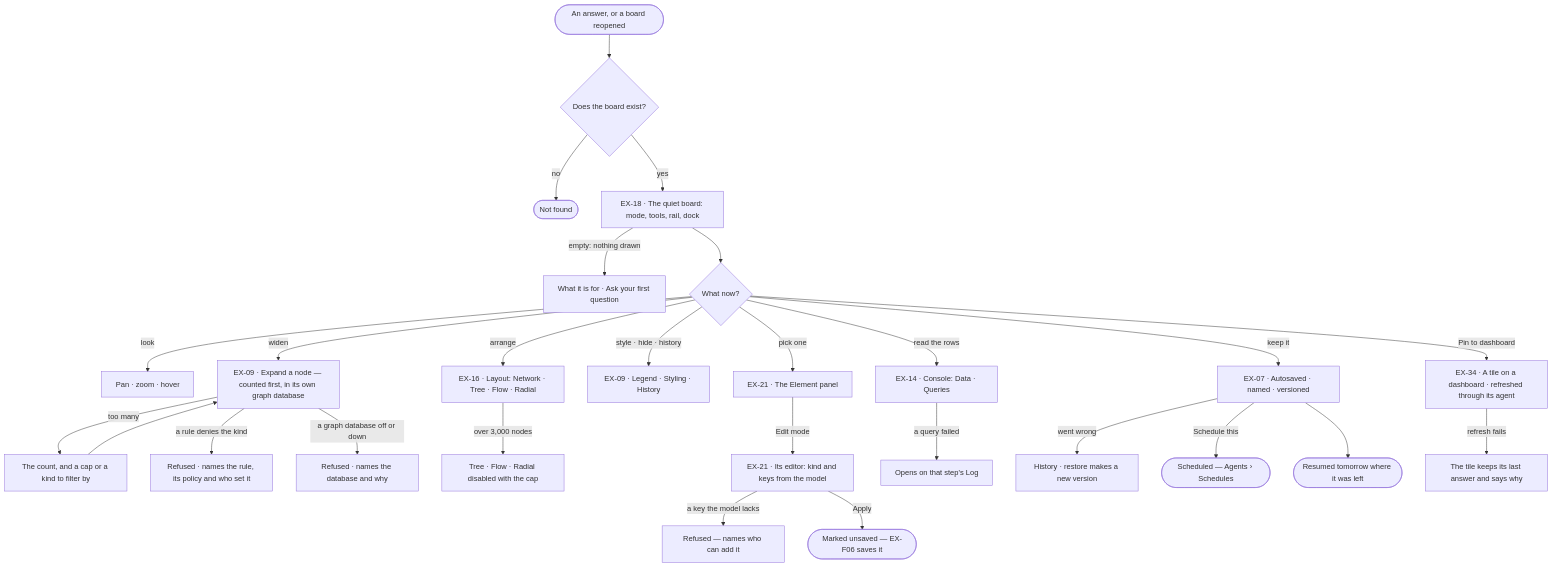
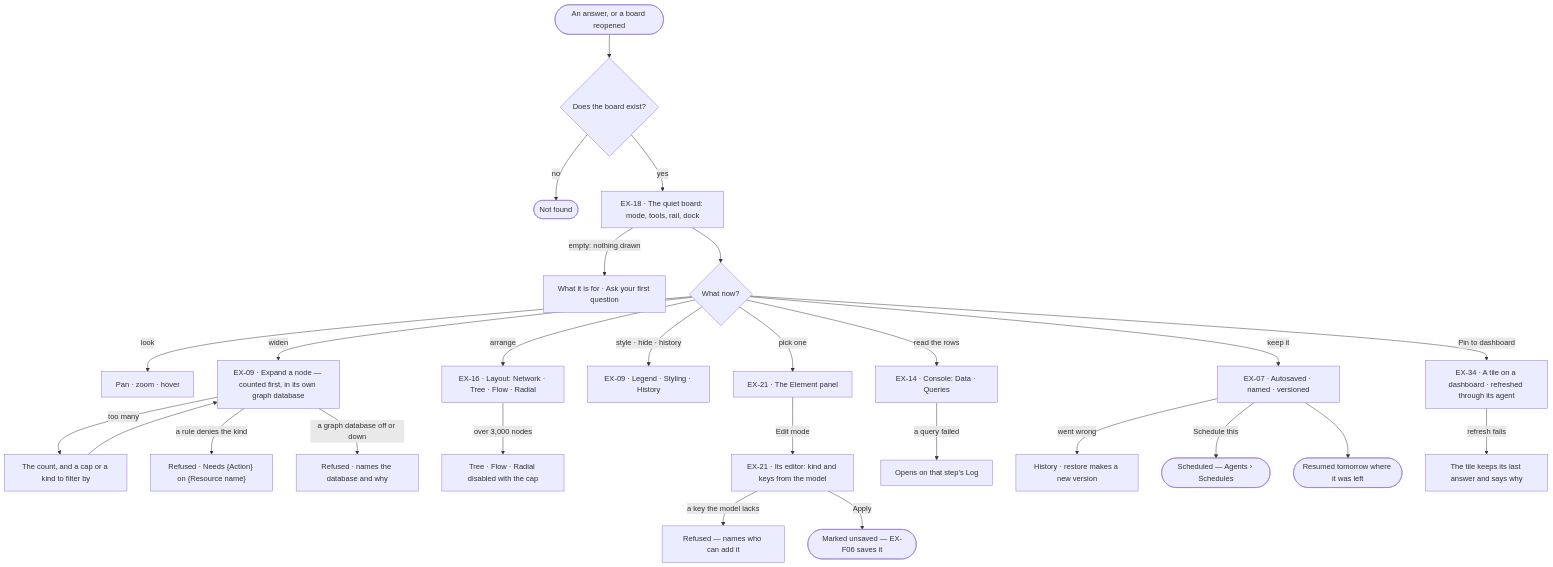
The first of 2 diagrams in specs/capabilities/explore/features/EX-F01-the-board-and-its-canvas/feature.md (invana/invana), drawn with Mermaid before and after one commit. The commit also changed 13 other files, not shown here.

Commit message:
docs(specs): refusals and grants never name a rule without Read on Access Policies

````diff
--- a/specs/capabilities/explore/features/EX-F01-the-board-and-its-canvas/feature.md
+++ b/specs/capabilities/explore/features/EX-F01-the-board-and-its-canvas/feature.md
@@ -23,28 +23,28 @@
 ```mermaid
 flowchart TD
   start([An answer, or a board reopened]) --> own{"Does the board exist?"}
   own -->|no| nf(["Not found"])
   own -->|yes| b["EX-18 · The quiet board: mode, tools, rail, dock"]
   b -->|empty: nothing drawn| e0["What it is for · Ask your first question"]
   b --> d{What now?}
   d -->|look| look["Pan · zoom · hover"]
   d -->|widen| ex["EX-09 · Expand a node — counted first, in its own graph database"]
   ex -->|too many| cap["The count, and a cap or a kind to filter by"] --> ex
-  ex -->|a rule denies the kind| rf["Refused · names the rule, its policy and who set it"]
+  ex -->|a rule denies the kind| rf["Refused · Needs {Action} on {Resource name}"]
   ex -->|a graph database off or down| off["Refused · names the database and why"]
   d -->|arrange| lay["EX-16 · Layout: Network · Tree · Flow · Radial"]
   lay -->|over 3,000 nodes| big["Tree · Flow · Radial disabled with the cap"]
   d -->|style · hide · history| tools["EX-09 · Legend · Styling · History"]
   d -->|pick one| el["EX-21 · The Element panel"]
   el -->|Edit mode| edit["EX-21 · Its editor: kind and keys from the model"]
   edit -->|a key the model lacks| kr["Refused — names who can add it"]
   edit -->|Apply| unsaved(["Marked unsaved — EX-F06 saves it"])
   d -->|read the rows| con["EX-14 · Console: Data · Queries"]
   con -->|a query failed| log["Opens on that step's Log"]
   d -->|keep it| keep["EX-07 · Autosaved · named · versioned"]
   keep -->|went wrong| hist["History · restore makes a new version"]
   keep -->|Schedule this| sched(["Scheduled — Agents › Schedules"])
   keep --> done([Resumed tomorrow where it was left])
   d -->|Pin to dashboard| dash["EX-34 · A tile on a dashboard · refreshed through its agent"]
   dash -->|refresh fails| stale["The tile keeps its last answer and says why"]
 ```
````
